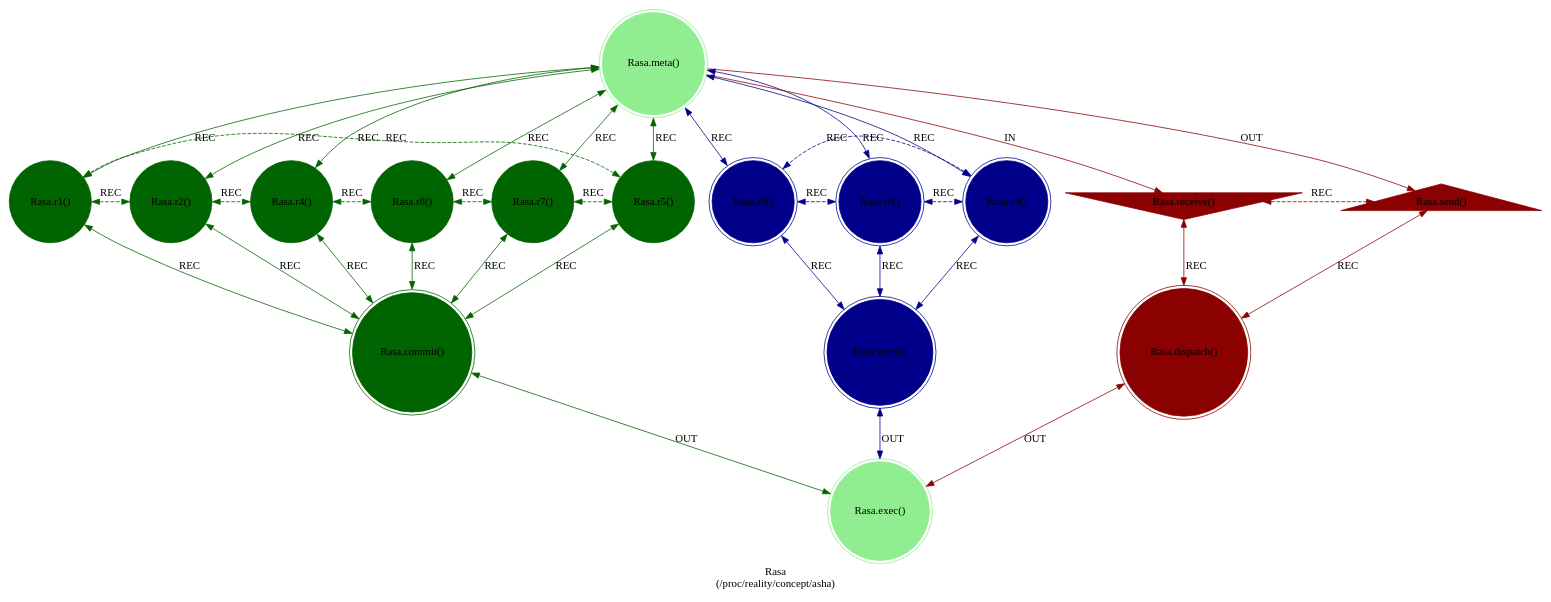
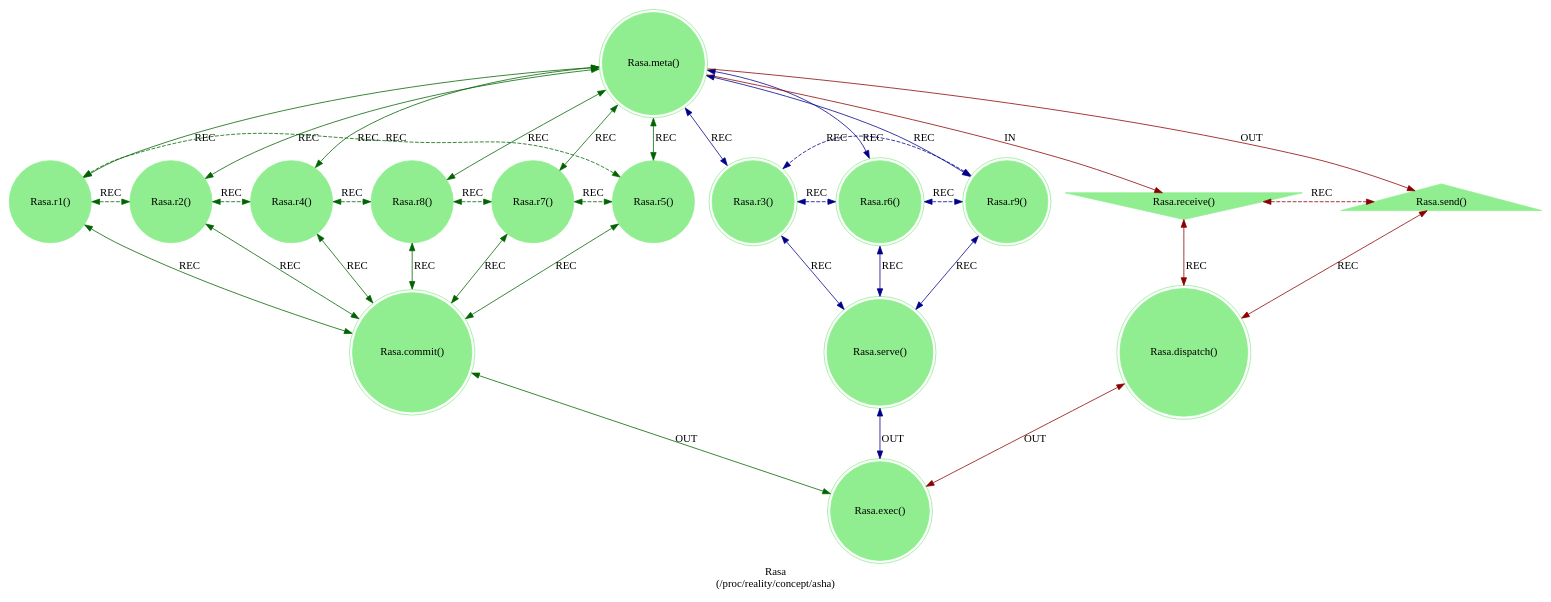
Before and after one commit to cilang/mythos: the diagram in src/includes/concept/rasa.dot, drawn with Graphviz. The commit also changed 11 other files, not shown here.

```diff
--- a/src/includes/concept/rasa.dot
+++ b/src/includes/concept/rasa.dot
@@ -1,48 +1,48 @@
 strict digraph Rasa {
     label = "Rasa\n(/proc/reality/concept/asha)";
     style = filled;
     color = lightgray;
     node [shape = circle; style = filled; color = lightgreen;];
     
     // The Axis A-0-B (In-Meta-Out).
     // The Sacred 3-6-9 (Boundary of Perception).
     // The Vortex 1-2-4-8-7-5 (Boundary of Comprehension).
     // The Router C-D-E
     // The Closure F
     spark_0_t [label = "Rasa.meta()";comment = "";shape = doublecircle;];
-    spark_1_t [label = "Rasa.r1()";comment = "";shape = circle;color = darkgreen;];
-    spark_2_t [label = "Rasa.r2()";comment = "";shape = circle;color = darkgreen;];
-    spark_4_t [label = "Rasa.r4()";comment = "";shape = circle;color = darkgreen;];
-    spark_8_t [label = "Rasa.r8()";comment = "";shape = circle;color = darkgreen;];
-    spark_7_t [label = "Rasa.r7()";comment = "";shape = circle;color = darkgreen;];
-    spark_5_t [label = "Rasa.r5()";comment = "";shape = circle;color = darkgreen;];
-    spark_3_t [label = "Rasa.r3()";comment = "Intuition and Instinct";shape = doublecircle;color = darkblue;];
-    spark_6_t [label = "Rasa.r6()";comment = "Resonance and Motivation";shape = doublecircle;color = darkblue;];
-    spark_9_t [label = "Rasa.r9()";comment = "Virtue and Sin";shape = doublecircle;color = darkblue;];
-    spark_a_t [label = "Rasa.receive()";comment = "Emotion";shape = invtriangle;color = darkred;];
-    spark_b_t [label = "Rasa.send()";comment = "Desire";shape = triangle;color = darkred;];
-    spark_c_t [label = "Rasa.dispatch()";comment = "";shape = doublecircle;color = darkred;];
-    spark_d_t [label = "Rasa.commit()";comment = "";shape = doublecircle;color = darkgreen;];
-    spark_e_t [label = "Rasa.serve()";comment = "";shape = doublecircle;color = darkblue;];
+    spark_1_t [label = "Rasa.r1()";comment = "";shape = circle;];
+    spark_2_t [label = "Rasa.r2()";comment = "";shape = circle;];
+    spark_4_t [label = "Rasa.r4()";comment = "";shape = circle;];
+    spark_8_t [label = "Rasa.r8()";comment = "";shape = circle;];
+    spark_7_t [label = "Rasa.r7()";comment = "";shape = circle;];
+    spark_5_t [label = "Rasa.r5()";comment = "";shape = circle;];
+    spark_3_t [label = "Rasa.r3()";comment = "Intuition and Instinct";shape = doublecircle;];
+    spark_6_t [label = "Rasa.r6()";comment = "Resonance and Motivation";shape = doublecircle;];
+    spark_9_t [label = "Rasa.r9()";comment = "Virtue and Sin";shape = doublecircle;];
+    spark_a_t [label = "Rasa.receive()";comment = "Emotion";shape = invtriangle;];
+    spark_b_t [label = "Rasa.send()";comment = "Desire";shape = triangle;];
+    spark_c_t [label = "Rasa.dispatch()";comment = "";shape = doublecircle;];
+    spark_d_t [label = "Rasa.commit()";comment = "";shape = doublecircle;];
+    spark_e_t [label = "Rasa.serve()";comment = "";shape = doublecircle;];
     spark_f_t [label = "Rasa.exec()";comment = "";shape = doublecircle;];
     
     // IN = Input
     // OUT = Output
     // REC = Recursion
     spark_0_t -> spark_a_t [label = "IN"; color = darkred; comment = "";];
     spark_0_t -> spark_b_t [label = "OUT"; color = darkred; comment = "";];
     spark_0_t -> {spark_3_t spark_6_t spark_9_t} [label = "REC"; color = darkblue; comment = ""; dir = both;];
     spark_0_t -> {spark_1_t spark_2_t spark_4_t spark_8_t spark_7_t spark_5_t} [label = "REC"; color = darkgreen; comment = ""; dir = both;];
     
     {spark_a_t spark_b_t} -> spark_c_t [label = "REC"; color = darkred; comment = ""; dir = both;];
     {spark_1_t spark_2_t spark_4_t spark_8_t spark_7_t spark_5_t} -> spark_d_t [label = "REC"; color = darkgreen; comment = ""; dir = both;];
     {spark_3_t spark_6_t spark_9_t} -> spark_e_t [label = "REC"; color = darkblue; comment = ""; dir = both;];
     
     spark_1_t -> spark_2_t -> spark_4_t -> spark_8_t -> spark_7_t -> spark_5_t -> spark_1_t [label = "REC"; color = darkgreen; comment = ""; style = dashed; constraint = false; dir = both;];
     spark_3_t -> spark_6_t -> spark_9_t -> spark_3_t [label = "REC"; color = darkblue; comment = ""; style = dashed; constraint = false; dir = both;];
     spark_a_t -> spark_b_t [label = "REC"; color = darkred; comment = ""; constraint = false; style = dashed; dir = both;];
     
     spark_c_t -> spark_f_t [label = "OUT"; color = darkred; comment = ""; dir = both;];
     spark_d_t -> spark_f_t [label = "OUT"; color = darkgreen; comment = ""; dir = both;];
     spark_e_t -> spark_f_t [label = "OUT"; color = darkblue; comment = ""; dir = both;];
 }
```
